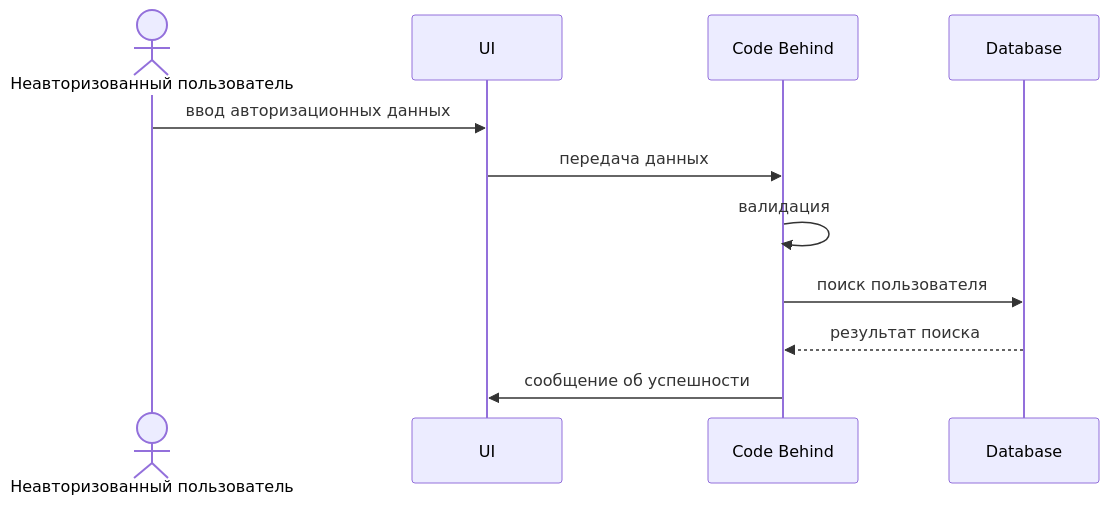
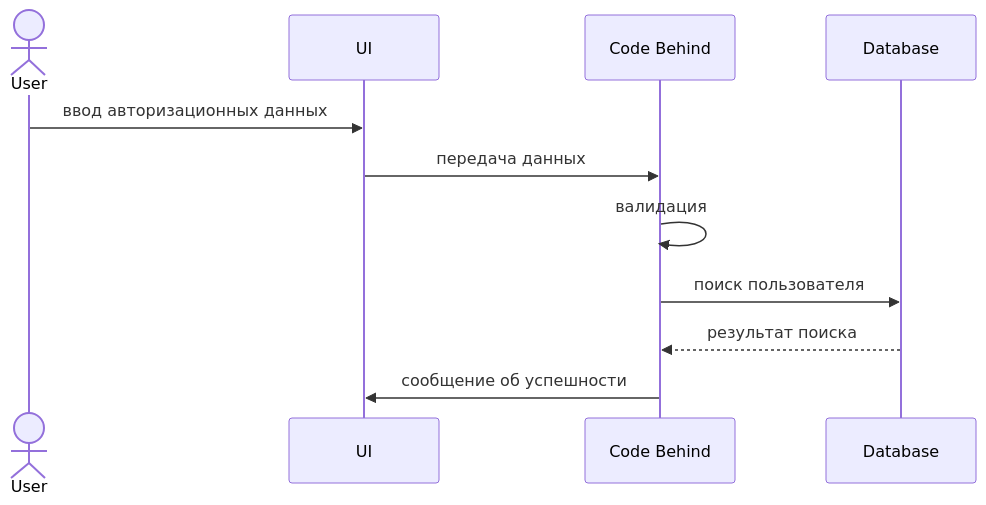
Before and after one commit to Darnion/ToursProject: the second of 2 diagrams in README.md, drawn with Mermaid.

````diff
--- a/README.md
+++ b/README.md
@@ -113,13 +113,13 @@
 ```mermaid
 sequenceDiagram
-actor U as Неавторизованный пользователь
+actor U as User
 participant UI
 participant CB as Code Behind
 participant DB as Database
 U->>UI:ввод авторизационных данных
 UI->>CB:передача данных
 CB->>CB:валидация
 CB->>DB:поиск пользователя
 DB-->>CB:результат поиска
 CB->>UI:сообщение об успешности
 ```
````
